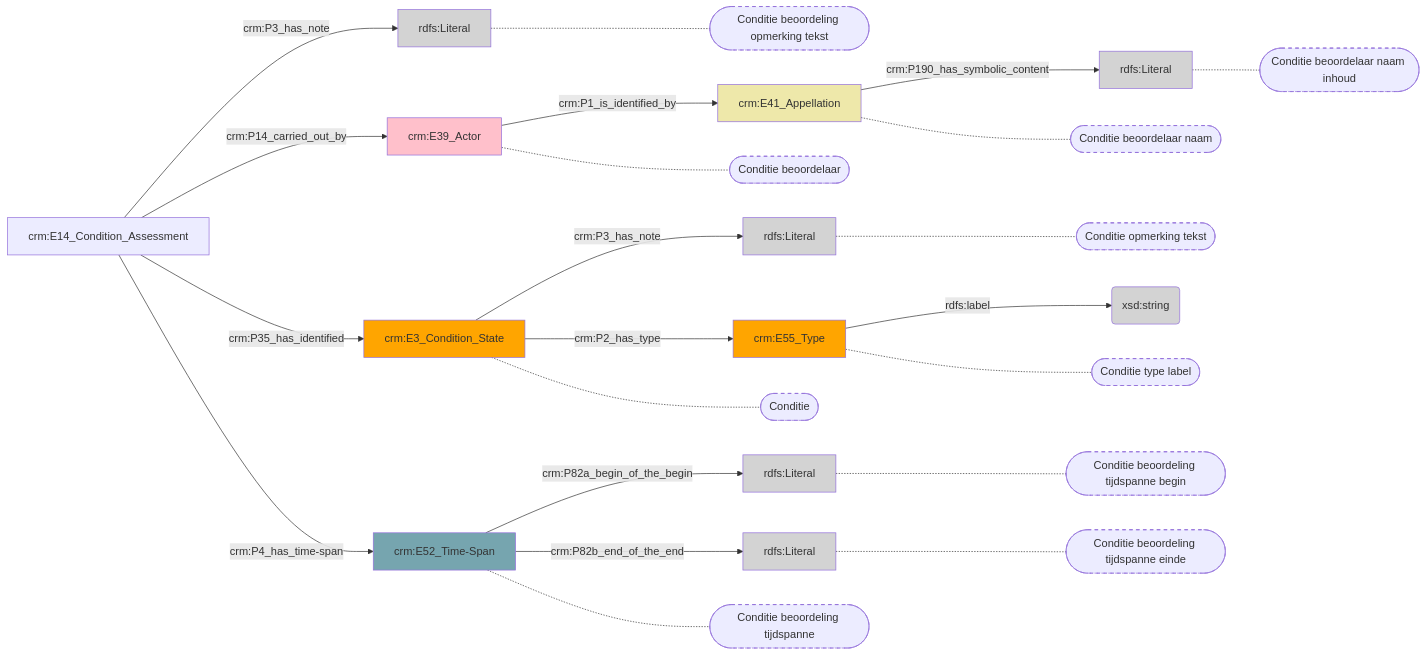
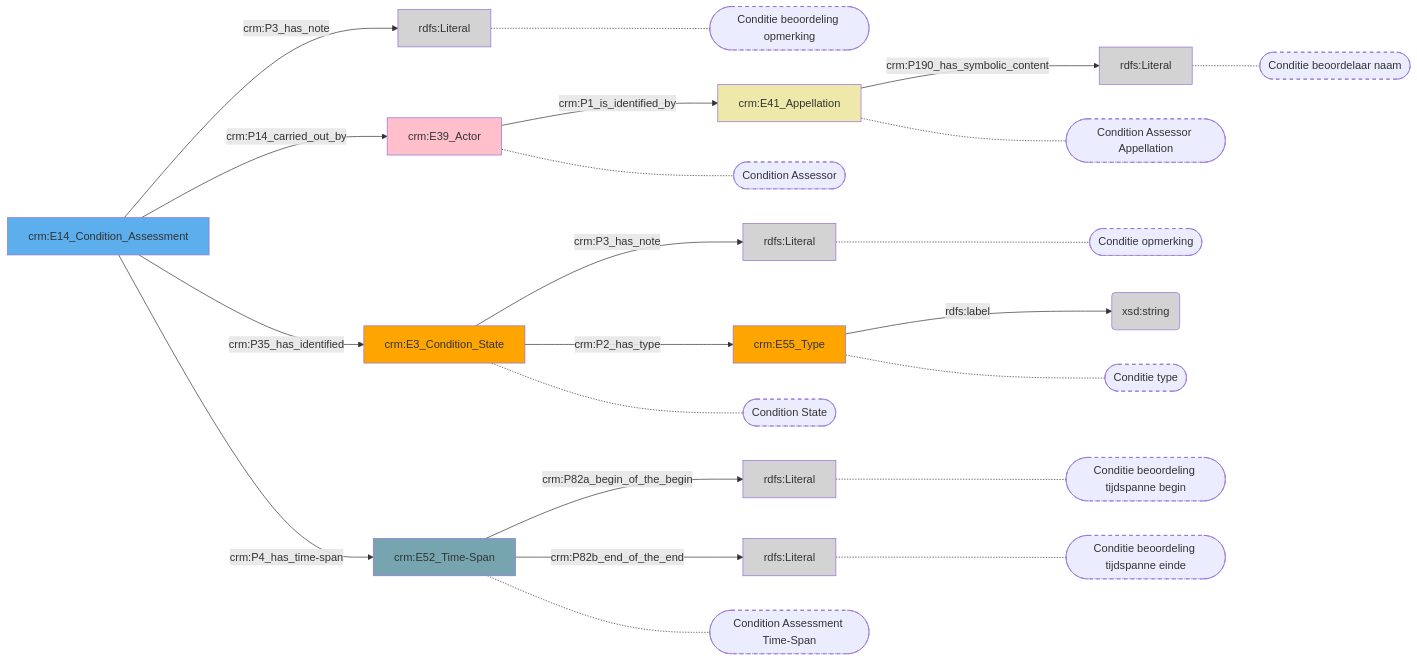
Before and after one commit to digipolisantwerpdocumentation/antwerp-cultureel-erfgoed: the diagram in docs/content/modellen/ConditionAssessment/FysiekeKenmerken.md, drawn with Mermaid. The commit also changed 173 other files, not shown here.

````diff
--- a/docs/content/modellen/ConditionAssessment/FysiekeKenmerken.md
+++ b/docs/content/modellen/ConditionAssessment/FysiekeKenmerken.md
@@ -1,45 +1,46 @@
 ```mermaid
 graph LR
 42069382-efef-11ed-9232-00163e71351b["crm:E14_Condition_Assessment"]-->|"crm:P3_has_note"|54d1777a-efef-11ed-9064-00163e71351b(rdfs:Literal)
 5b73562a-efef-11ed-9655-00163e71351b["crm:E52_Time-Span"]-->|"crm:P82a_begin_of_the_begin"|5b735a9e-efef-11ed-9655-00163e71351b(rdfs:Literal)
 5b73562a-efef-11ed-9655-00163e71351b["crm:E52_Time-Span"]-->|"crm:P82b_end_of_the_end"|5b735bd4-efef-11ed-9655-00163e71351b(rdfs:Literal)
 64ad1118-efef-11ed-9064-00163e71351b["crm:E41_Appellation"]-->|"crm:P190_has_symbolic_content"|64ad0f6a-efef-11ed-9064-00163e71351b(rdfs:Literal)
 6ba16686-efef-11ed-9655-00163e71351b["crm:E3_Condition_State"]-->|"crm:P3_has_note"|6ba16cf8-efef-11ed-9655-00163e71351b(rdfs:Literal)
 6ba16e6a-efef-11ed-9655-00163e71351b["crm:E55_Type"]-->|"rdfs:label"|6ba16b40-efef-11ed-9655-00163e71351b(xsd:string)
 42069382-efef-11ed-9232-00163e71351b["crm:E14_Condition_Assessment"]-->|"crm:P14_carried_out_by"|64ad0aba-efef-11ed-9064-00163e71351b["crm:E39_Actor"]
 42069382-efef-11ed-9232-00163e71351b["crm:E14_Condition_Assessment"]-->|"crm:P35_has_identified"|6ba16686-efef-11ed-9655-00163e71351b["crm:E3_Condition_State"]
 42069382-efef-11ed-9232-00163e71351b["crm:E14_Condition_Assessment"]-->|"crm:P4_has_time-span"|5b73562a-efef-11ed-9655-00163e71351b["crm:E52_Time-Span"]
 64ad0aba-efef-11ed-9064-00163e71351b["crm:E39_Actor"]-->|"crm:P1_is_identified_by"|64ad1118-efef-11ed-9064-00163e71351b["crm:E41_Appellation"]
 6ba16686-efef-11ed-9655-00163e71351b["crm:E3_Condition_State"]-->|"crm:P2_has_type"|6ba16e6a-efef-11ed-9655-00163e71351b["crm:E55_Type"]
-64ad0aba-efef-11ed-9064-00163e71351b["crm:E39_Actor"]-.-64ad0aba-efef-11ed-9064-00163e71351b_s(["Conditie beoordelaar"])
-54d1777a-efef-11ed-9064-00163e71351b["rdfs:Literal"]-.-54d1777a-efef-11ed-9064-00163e71351b_s(["Conditie beoordeling opmerking tekst"])
-6ba16686-efef-11ed-9655-00163e71351b["crm:E3_Condition_State"]-.-6ba16686-efef-11ed-9655-00163e71351b_s(["Conditie"])
-5b73562a-efef-11ed-9655-00163e71351b["crm:E52_Time-Span"]-.-5b73562a-efef-11ed-9655-00163e71351b_s(["Conditie beoordeling tijdspanne"])
+64ad0aba-efef-11ed-9064-00163e71351b["crm:E39_Actor"]-.-64ad0aba-efef-11ed-9064-00163e71351b_s(["Condition Assessor"])
+54d1777a-efef-11ed-9064-00163e71351b["rdfs:Literal"]-.-54d1777a-efef-11ed-9064-00163e71351b_s(["Conditie beoordeling opmerking"])
+6ba16686-efef-11ed-9655-00163e71351b["crm:E3_Condition_State"]-.-6ba16686-efef-11ed-9655-00163e71351b_s(["Condition State"])
+5b73562a-efef-11ed-9655-00163e71351b["crm:E52_Time-Span"]-.-5b73562a-efef-11ed-9655-00163e71351b_s(["Condition Assessment Time-Span"])
 5b735a9e-efef-11ed-9655-00163e71351b["rdfs:Literal"]-.-5b735a9e-efef-11ed-9655-00163e71351b_s(["Conditie beoordeling tijdspanne begin"])
 5b735bd4-efef-11ed-9655-00163e71351b["rdfs:Literal"]-.-5b735bd4-efef-11ed-9655-00163e71351b_s(["Conditie beoordeling tijdspanne einde"])
-64ad1118-efef-11ed-9064-00163e71351b["crm:E41_Appellation"]-.-64ad1118-efef-11ed-9064-00163e71351b_s(["Conditie beoordelaar naam"])
-64ad0f6a-efef-11ed-9064-00163e71351b["rdfs:Literal"]-.-64ad0f6a-efef-11ed-9064-00163e71351b_s(["Conditie beoordelaar naam inhoud"])
-6ba16e6a-efef-11ed-9655-00163e71351b["crm:E55_Type"]-.-6ba16e6a-efef-11ed-9655-00163e71351b_s(["Conditie type label"])
-6ba16cf8-efef-11ed-9655-00163e71351b["rdfs:Literal"]-.-6ba16cf8-efef-11ed-9655-00163e71351b_s(["Conditie opmerking tekst"])
+64ad1118-efef-11ed-9064-00163e71351b["crm:E41_Appellation"]-.-64ad1118-efef-11ed-9064-00163e71351b_s(["Condition Assessor Appellation"])
+64ad0f6a-efef-11ed-9064-00163e71351b["rdfs:Literal"]-.-64ad0f6a-efef-11ed-9064-00163e71351b_s(["Conditie beoordelaar naam"])
+6ba16e6a-efef-11ed-9655-00163e71351b["crm:E55_Type"]-.-6ba16e6a-efef-11ed-9655-00163e71351b_s(["Conditie type"])
+6ba16cf8-efef-11ed-9655-00163e71351b["rdfs:Literal"]-.-6ba16cf8-efef-11ed-9655-00163e71351b_s(["Conditie opmerking"])
 style 64ad0aba-efef-11ed-9064-00163e71351b_s stroke-dasharray: 5
 style 54d1777a-efef-11ed-9064-00163e71351b_s stroke-dasharray: 5
 style 6ba16686-efef-11ed-9655-00163e71351b_s stroke-dasharray: 5
 style 5b73562a-efef-11ed-9655-00163e71351b_s stroke-dasharray: 5
 style 5b735a9e-efef-11ed-9655-00163e71351b_s stroke-dasharray: 5
 style 5b735bd4-efef-11ed-9655-00163e71351b_s stroke-dasharray: 5
 style 64ad1118-efef-11ed-9064-00163e71351b_s stroke-dasharray: 5
 style 64ad0f6a-efef-11ed-9064-00163e71351b_s stroke-dasharray: 5
 style 6ba16e6a-efef-11ed-9655-00163e71351b_s stroke-dasharray: 5
 style 6ba16cf8-efef-11ed-9655-00163e71351b_s stroke-dasharray: 5
+style 42069382-efef-11ed-9232-00163e71351b fill:#5DAEEC
 style 54d1777a-efef-11ed-9064-00163e71351b fill:#D3D3D3
 style 5b73562a-efef-11ed-9655-00163e71351b fill:#76A5AF
 style 5b735a9e-efef-11ed-9655-00163e71351b fill:#D3D3D3
 style 5b735bd4-efef-11ed-9655-00163e71351b fill:#D3D3D3
 style 64ad0aba-efef-11ed-9064-00163e71351b fill:#ffc0cb
 style 64ad0f6a-efef-11ed-9064-00163e71351b fill:#D3D3D3
 style 64ad1118-efef-11ed-9064-00163e71351b fill:#EEE8AA
 style 6ba16686-efef-11ed-9655-00163e71351b fill:#ffa500
 style 6ba16b40-efef-11ed-9655-00163e71351b fill:#D3D3D3
 style 6ba16cf8-efef-11ed-9655-00163e71351b fill:#D3D3D3
 style 6ba16e6a-efef-11ed-9655-00163e71351b fill:#ffa500
 ```
````
